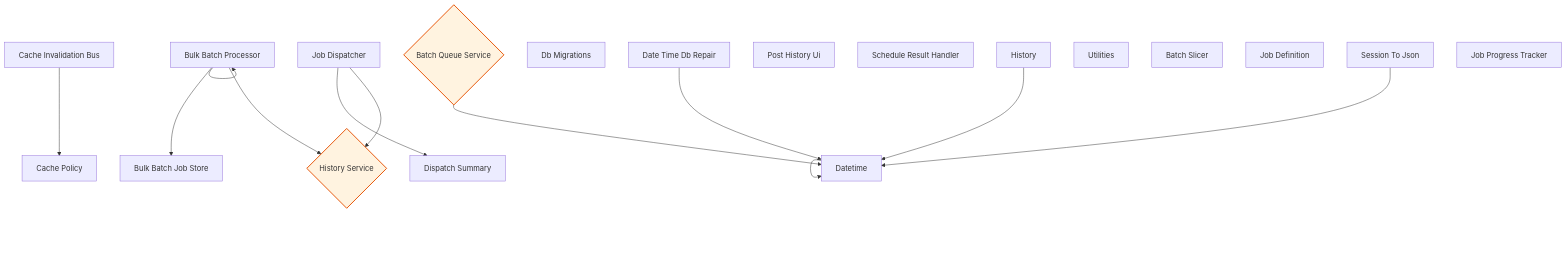
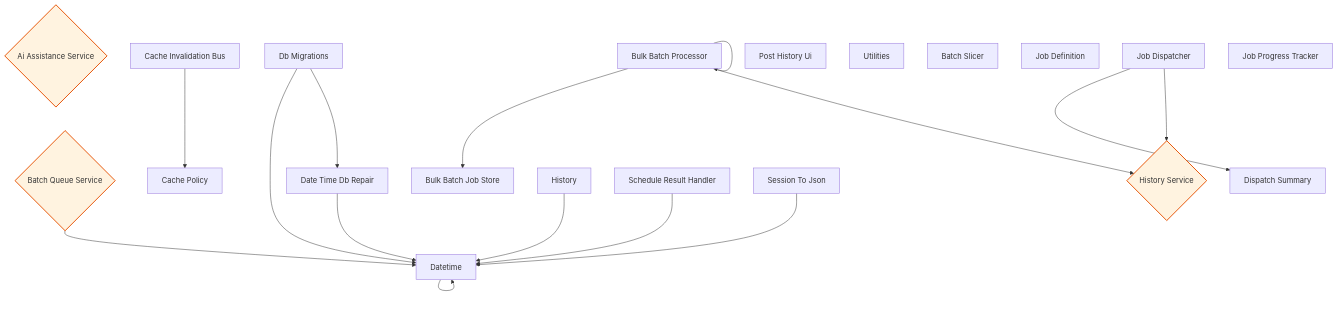
Before and after one commit to rpnunez/wp-ai-scheduler: diagram 19 of 19 in docs/feature-report.md, drawn with Mermaid. The commit also changed other lines of this file and 1 other file, not shown here.

````diff
--- a/docs/feature-report.md
+++ b/docs/feature-report.md
@@ -945,41 +952,45 @@
 ```mermaid
 flowchart TD
     %% Utilities Architecture
 
+    AI_Assistance_Service{"Ai Assistance Service"}
     Batch_Queue_Service{"Batch Queue Service"}
     Bulk_Batch_Job_Store["Bulk Batch Job Store"]
     Bulk_Batch_Processor["Bulk Batch Processor"]
     Cache_Invalidation_Bus["Cache Invalidation Bus"]
     Cache_Policy["Cache Policy"]
     Date_Time_DB_Repair["Date Time Db Repair"]
     DateTime["Datetime"]
     DB_Migrations["Db Migrations"]
     History_Service{"History Service"}
     History["History"]
     Post_History_UI["Post History Ui"]
     Schedule_Result_Handler["Schedule Result Handler"]
     Session_To_JSON["Session To Json"]
     Utilities["Utilities"]
     Batch_Slicer["Batch Slicer"]
     Dispatch_Summary["Dispatch Summary"]
     Job_Definition["Job Definition"]
     Job_Dispatcher["Job Dispatcher"]
     Job_Progress_Tracker["Job Progress Tracker"]
 
     Batch_Queue_Service --> DateTime
     Bulk_Batch_Processor --> Bulk_Batch_Job_Store
     Bulk_Batch_Processor --> Bulk_Batch_Processor
     Bulk_Batch_Processor --> History_Service
     Cache_Invalidation_Bus --> Cache_Policy
     Date_Time_DB_Repair --> DateTime
     DateTime --> DateTime
+    DB_Migrations --> DateTime
+    DB_Migrations --> Date_Time_DB_Repair
     History --> DateTime
+    Schedule_Result_Handler --> DateTime
     Session_To_JSON --> DateTime
     Job_Dispatcher --> Dispatch_Summary
     Job_Dispatcher --> History_Service
 
     classDef repository fill:#e1f5ff,stroke:#01579b,stroke-width:2px
     classDef service fill:#fff3e0,stroke:#e65100,stroke-width:2px
     classDef controller fill:#f3e5f5,stroke:#4a148c,stroke-width:2px
-    class Batch_Queue_Service,History_Service service
+    class AI_Assistance_Service,Batch_Queue_Service,History_Service service
 ```
````
